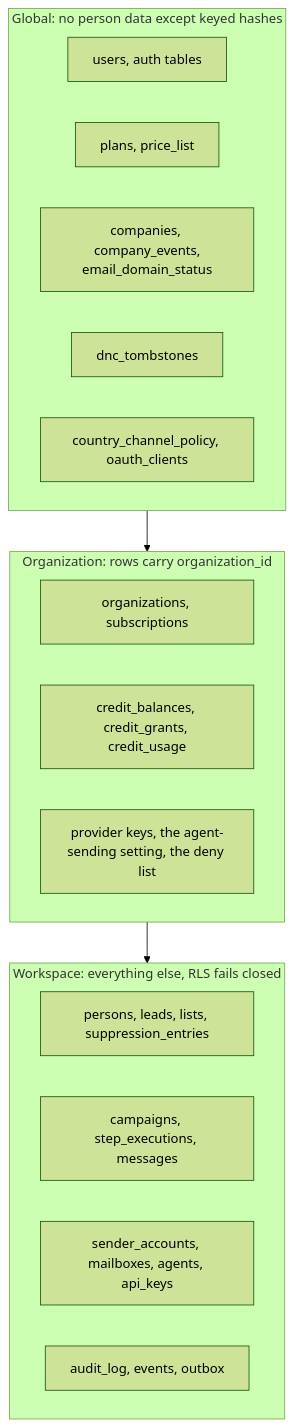
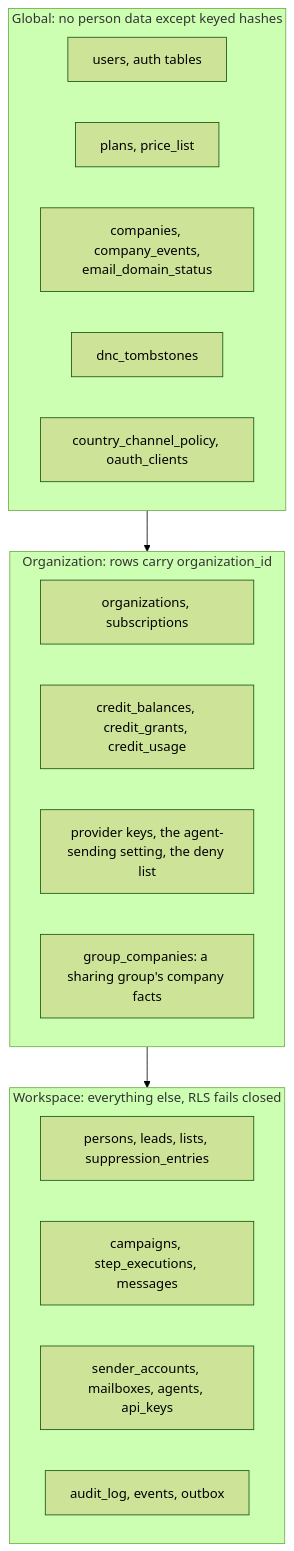
One commit to whytide/whytide changed the eighth of 41 diagrams in docs/architecture.md. Above: the diagram before and after it, drawn with Mermaid (forest theme). The commit also changed other lines of this file and 2254 other files, not shown here.

````diff
--- a/docs/architecture.md
+++ b/docs/architecture.md
@@ -384,22 +384,23 @@
 ```mermaid
 flowchart TB
   subgraph G["Global: no person data except keyed hashes"]
     G1["users, auth tables"]
     G2["plans, price_list"]
     G3["companies, company_events,<br/>email_domain_status"]
     G4["dnc_tombstones"]
     G5["country_channel_policy, oauth_clients"]
   end
   subgraph O["Organization: rows carry organization_id"]
     O1["organizations, subscriptions"]
     O2["credit_balances, credit_grants, credit_usage"]
     O3["provider keys, the agent-sending setting, the deny list"]
+    O4["group_companies: a sharing group's company facts"]
   end
   subgraph W["Workspace: everything else, RLS fails closed"]
     W1["persons, leads, lists, suppression_entries"]
     W2["campaigns, step_executions, messages"]
     W3["sender_accounts, mailboxes, agents, api_keys"]
     W4["audit_log, events, outbox"]
   end
   G --> O --> W
 ```
````
